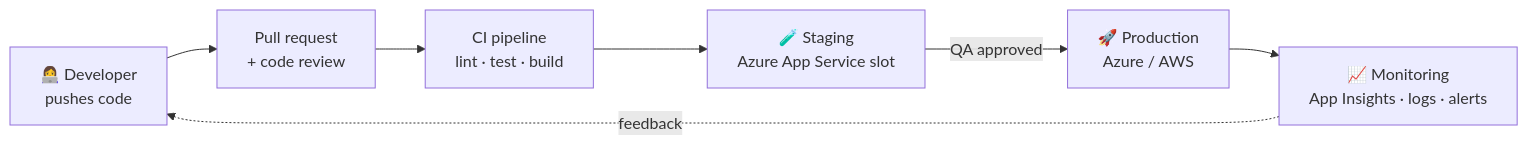
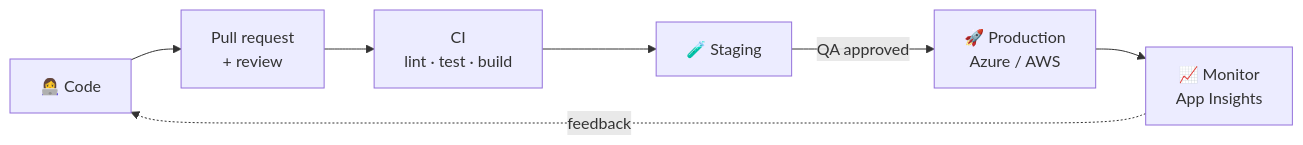
One commit to shivanjali24-03/shivanjali24-03 changed the second of 3 diagrams in README.md. Above: the diagram before and after it, drawn with Mermaid. The commit also changed other lines of this file and 5 other files, not shown here.

````diff
--- a/README.md
+++ b/README.md
@@ -68,9 +185,9 @@
 ```mermaid
 flowchart LR
-    D[👩‍💻 Developer<br/>pushes code] --> PR[Pull request<br/>+ code review]
-    PR --> CI[CI pipeline<br/>lint · test · build]
-    CI --> ST[🧪 Staging<br/>Azure App Service slot]
+    D[👩‍💻 Code] --> PR[Pull request<br/>+ review]
+    PR --> CI[CI<br/>lint · test · build]
+    CI --> ST[🧪 Staging]
     ST -- QA approved --> PRD[🚀 Production<br/>Azure / AWS]
-    PRD --> MON[📈 Monitoring<br/>App Insights · logs · alerts]
+    PRD --> MON[📈 Monitor<br/>App Insights]
     MON -. feedback .-> D
 ```
````
